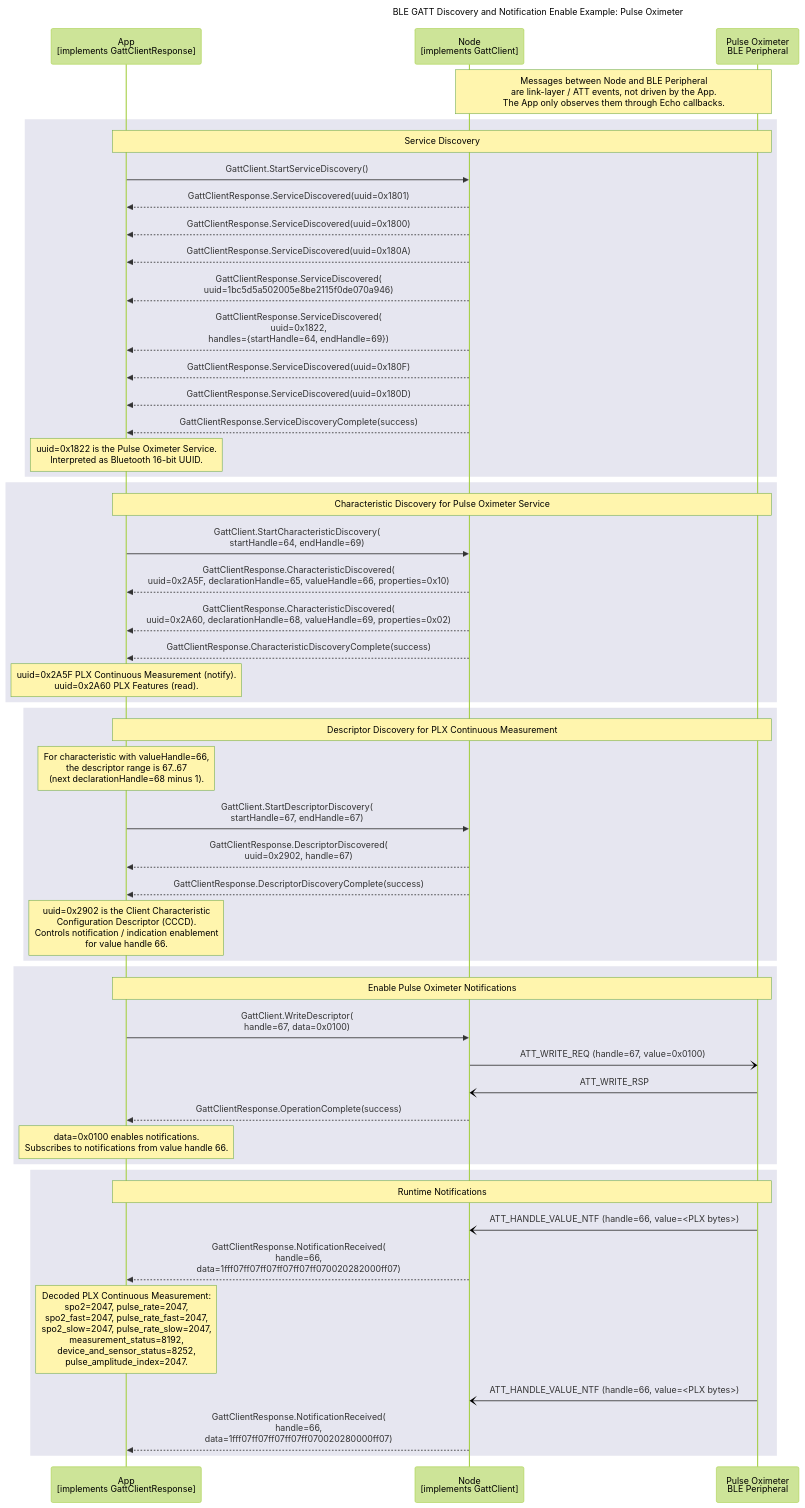
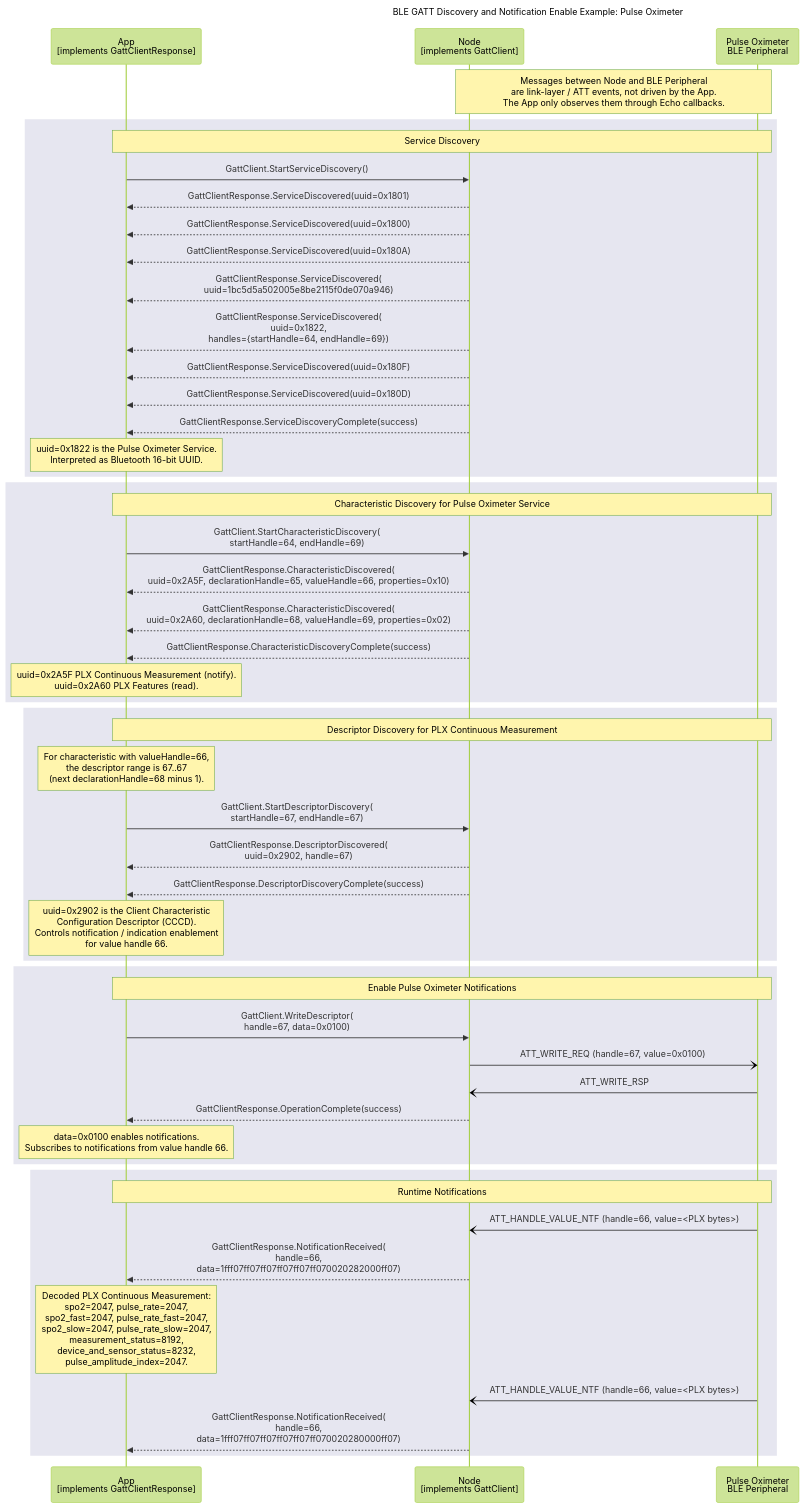
The diagram in documents/modules/ROOT/partials/echoservices/gatt_client/GattClient_DiscoveryFlowDetailed_sequence_example.mmd (philips-software/amp-embedded-infra-lib), drawn with Mermaid (forest theme) before and after one commit. The commit also changed 6 other files, not shown here.

```diff
--- a/documents/modules/ROOT/partials/echoservices/gatt_client/GattClient_DiscoveryFlowDetailed_sequence_example.mmd
+++ b/documents/modules/ROOT/partials/echoservices/gatt_client/GattClient_DiscoveryFlowDetailed_sequence_example.mmd
@@ -1,69 +1,69 @@
 sequenceDiagram
     title BLE GATT Discovery and Notification Enable Example: Pulse Oximeter
 
     participant App as App<br>[implements GattClientResponse]
     participant Node as Node<br>[implements GattClient]
     participant Peripheral as Pulse Oximeter<br>BLE Peripheral
 
     Note over Node, Peripheral: Messages between Node and BLE Peripheral<br>are link-layer / ATT events, not driven by the App.<br>The App only observes them through Echo callbacks.
 
     rect rgb(230, 230, 240)
         note over App, Peripheral: Service Discovery
         App->>Node: GattClient.StartServiceDiscovery()
 
         Node-->>App: GattClientResponse.ServiceDiscovered(uuid=0x1801)
         Node-->>App: GattClientResponse.ServiceDiscovered(uuid=0x1800)
         Node-->>App: GattClientResponse.ServiceDiscovered(uuid=0x180A)
         Node-->>App: GattClientResponse.ServiceDiscovered(<br>uuid=1bc5d5a502005e8be2115f0de070a946)
         Node-->>App: GattClientResponse.ServiceDiscovered(<br>uuid=0x1822,<br>handles={startHandle=64, endHandle=69})
         Node-->>App: GattClientResponse.ServiceDiscovered(uuid=0x180F)
         Node-->>App: GattClientResponse.ServiceDiscovered(uuid=0x180D)
         Node-->>App: GattClientResponse.ServiceDiscoveryComplete(success)
 
         note over App: uuid=0x1822 is the Pulse Oximeter Service.<br>Interpreted as Bluetooth 16-bit UUID.
     end
 
     rect rgb(230, 230, 240)
         note over App, Peripheral: Characteristic Discovery for Pulse Oximeter Service
         App->>Node: GattClient.StartCharacteristicDiscovery(<br>startHandle=64, endHandle=69)
 
         Node-->>App: GattClientResponse.CharacteristicDiscovered(<br>uuid=0x2A5F, declarationHandle=65, valueHandle=66, properties=0x10)
         Node-->>App: GattClientResponse.CharacteristicDiscovered(<br>uuid=0x2A60, declarationHandle=68, valueHandle=69, properties=0x02)
         Node-->>App: GattClientResponse.CharacteristicDiscoveryComplete(success)
 
         note over App: uuid=0x2A5F PLX Continuous Measurement (notify).<br>uuid=0x2A60 PLX Features (read).
     end
 
     rect rgb(230, 230, 240)
         note over App, Peripheral: Descriptor Discovery for PLX Continuous Measurement
 
         note over App: For characteristic with valueHandle=66,<br>the descriptor range is 67..67<br>(next declarationHandle=68 minus 1).
 
         App->>Node: GattClient.StartDescriptorDiscovery(<br>startHandle=67, endHandle=67)
 
         Node-->>App: GattClientResponse.DescriptorDiscovered(<br>uuid=0x2902, handle=67)
         Node-->>App: GattClientResponse.DescriptorDiscoveryComplete(success)
 
         note over App: uuid=0x2902 is the Client Characteristic<br>Configuration Descriptor (CCCD).<br>Controls notification / indication enablement<br>for value handle 66.
     end
 
     rect rgb(230, 230, 240)
         note over App, Peripheral: Enable Pulse Oximeter Notifications
         App->>Node: GattClient.WriteDescriptor(<br>handle=67, data=0x0100)
         Node-)Peripheral: ATT_WRITE_REQ (handle=67, value=0x0100)
         Peripheral-)Node: ATT_WRITE_RSP
         Node-->>App: GattClientResponse.OperationComplete(success)
 
         note over App: data=0x0100 enables notifications.<br>Subscribes to notifications from value handle 66.
     end
 
     rect rgb(230, 230, 240)
         note over App, Peripheral: Runtime Notifications
         Peripheral-)Node: ATT_HANDLE_VALUE_NTF (handle=66, value=<PLX bytes>)
         Node-->>App: GattClientResponse.NotificationReceived(<br>handle=66,<br>data=1fff07ff07ff07ff07ff07ff070020282000ff07)
 
-        note over App: Decoded PLX Continuous Measurement:<br>spo2=2047, pulse_rate=2047,<br>spo2_fast=2047, pulse_rate_fast=2047,<br>spo2_slow=2047, pulse_rate_slow=2047,<br>measurement_status=8192,<br>device_and_sensor_status=8252,<br>pulse_amplitude_index=2047.
+        note over App: Decoded PLX Continuous Measurement:<br>spo2=2047, pulse_rate=2047,<br>spo2_fast=2047, pulse_rate_fast=2047,<br>spo2_slow=2047, pulse_rate_slow=2047,<br>measurement_status=8192,<br>device_and_sensor_status=8232,<br>pulse_amplitude_index=2047.
 
         Peripheral-)Node: ATT_HANDLE_VALUE_NTF (handle=66, value=<PLX bytes>)
-        Node-->>App: GattClientResponse.NotificationReceived(<br>handle=66,<br>data=1fff07ff07ff07ff07ff070020280000ff07)
+        Node-->>App: GattClientResponse.NotificationReceived(<br>handle=66,<br>data=1fff07ff07ff07ff07ff07ff070020280000ff07)
     end
```
